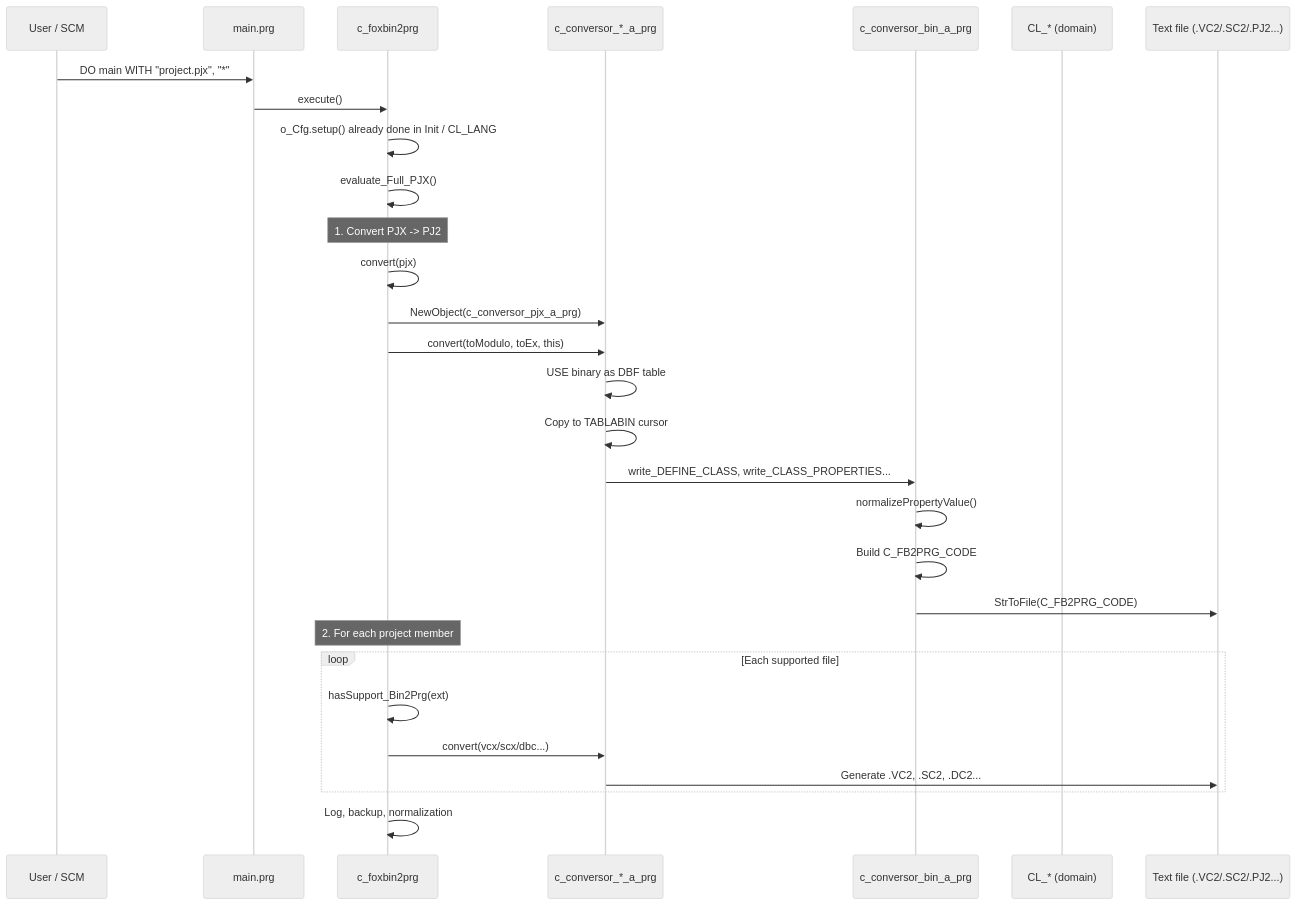
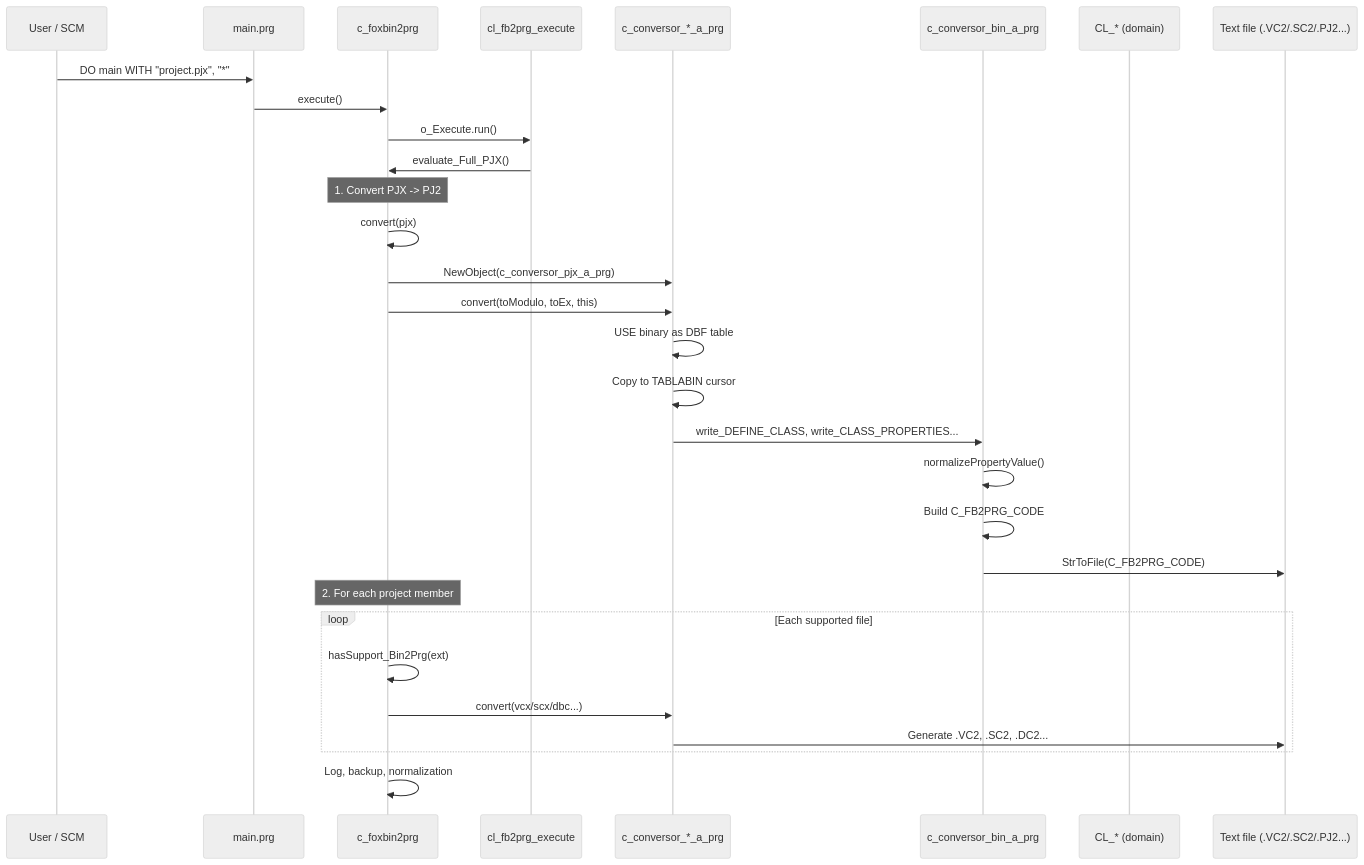
The sixth of 9 diagrams in docs/arquitetura.md (lkmatsumura/foxbin2prg), drawn with Mermaid (neutral theme) before and after one commit. The commit also changed other lines of this file and 8 other files, not shown here.

First line of the commit message:
feat: Refactor c_foxbin2prg for modular architecture and enhanced execution flow

````diff
--- a/docs/arquitetura.md
+++ b/docs/arquitetura.md
@@ -362,36 +428,37 @@
 ```mermaid
 sequenceDiagram
     participant U as User / SCM
     participant M as main.prg
     participant F as c_foxbin2prg
+    participant E as cl_fb2prg_execute
     participant C as c_conversor_*_a_prg
     participant B as c_conversor_bin_a_prg
     participant D as CL_* (domain)
     participant FS as Text file (.VC2/.SC2/.PJ2...)
 
     U->>M: DO main WITH "project.pjx", "*"
     M->>F: execute()
-    F->>F: o_Cfg.setup() already done in Init / CL_LANG
-    F->>F: evaluate_Full_PJX()
+    F->>E: o_Execute.run()
+    E->>F: evaluate_Full_PJX()
 
     Note over F: 1. Convert PJX -> PJ2
     F->>F: convert(pjx)
     F->>C: NewObject(c_conversor_pjx_a_prg)
     F->>C: convert(toModulo, toEx, this)
 
     C->>C: USE binary as DBF table
     C->>C: Copy to TABLABIN cursor
     C->>B: write_DEFINE_CLASS, write_CLASS_PROPERTIES...
     B->>B: normalizePropertyValue()
     B->>B: Build C_FB2PRG_CODE
     B->>FS: StrToFile(C_FB2PRG_CODE)
 
     Note over F: 2. For each project member
     loop Each supported file
         F->>F: hasSupport_Bin2Prg(ext)
         F->>C: convert(vcx/scx/dbc...)
         C->>FS: Generate .VC2, .SC2, .DC2...
     end
 
     F->>F: Log, backup, normalization
 ```
````
